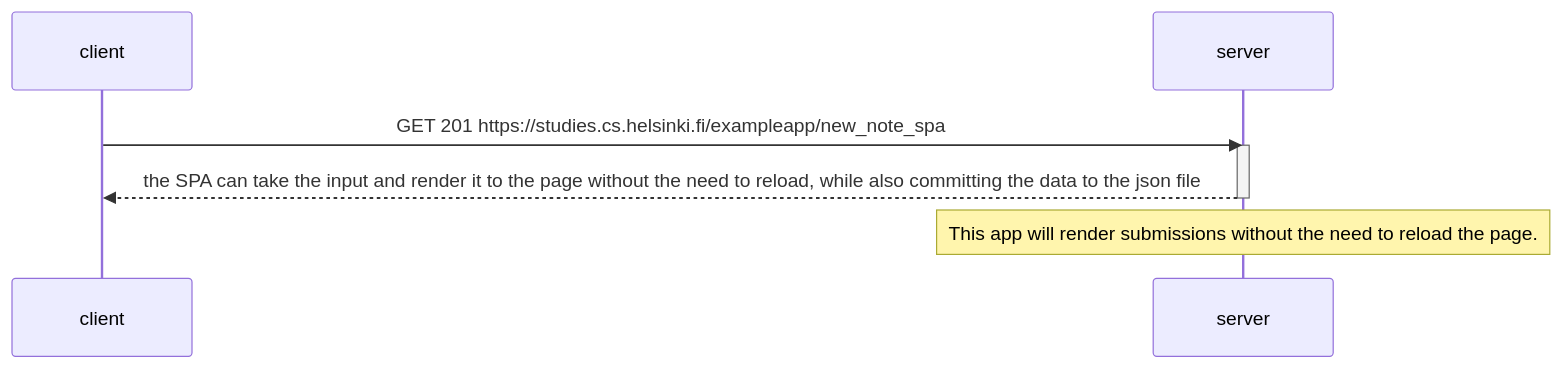
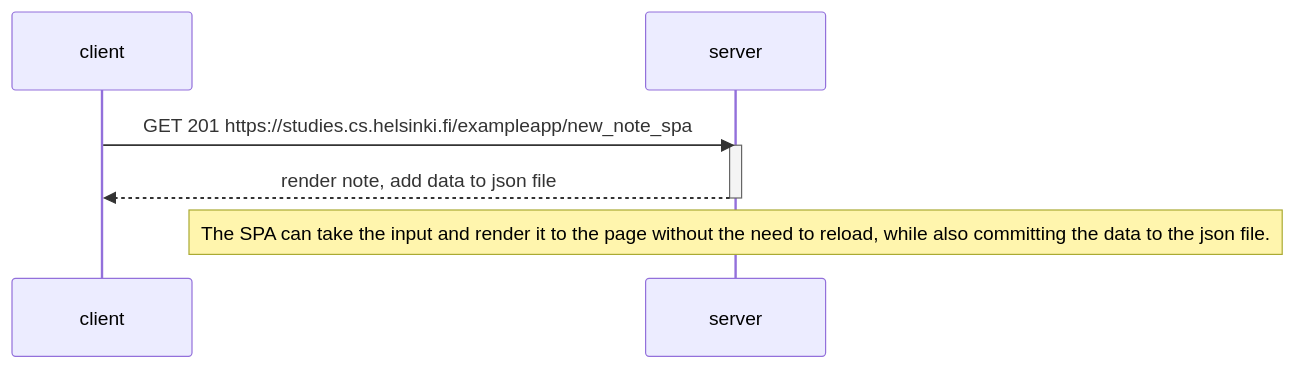
Before and after one commit to theDapperFoxtrot/fullstackopen-part0-exercises: the third of 3 diagrams in README.md, drawn with Mermaid.

````diff
--- a/README.md
+++ b/README.md
@@ -77,13 +77,13 @@
 ```mermaid
 sequenceDiagram
     participant client
     participant server
     
     
     client->>server: GET 201 https://studies.cs.helsinki.fi/exampleapp/new_note_spa
     activate server
-    server-->>client: the SPA can take the input and render it to the page without the need to reload, while also committing the data to the json file
+    server-->>client: render note, add data to json file
     deactivate server
     
-    Note over server: This app will render submissions without the need to reload the page.
+    Note over server: The SPA can take the input and render it to the page without the need to reload, while also committing the data to the json file.
 ```
````
